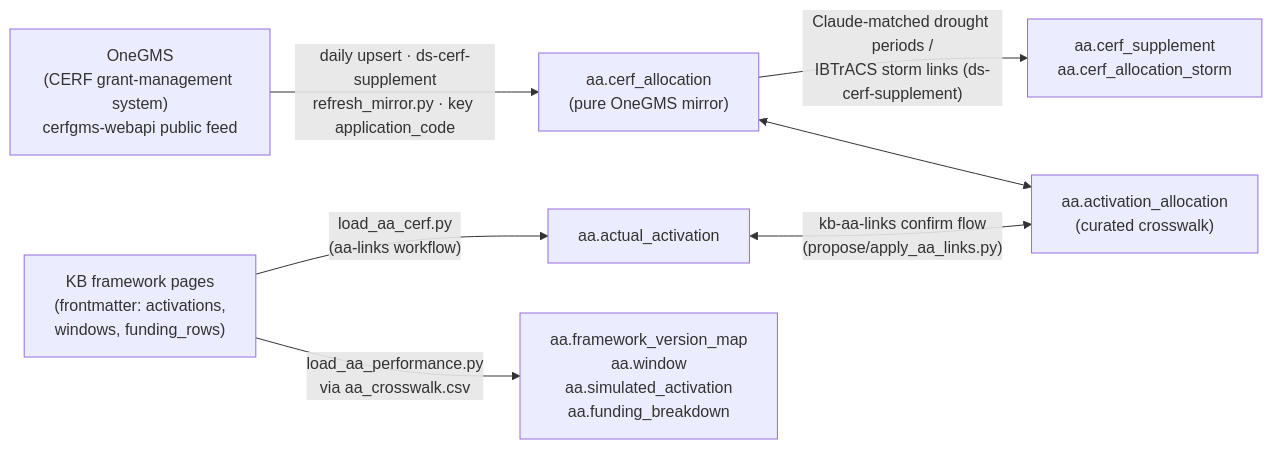
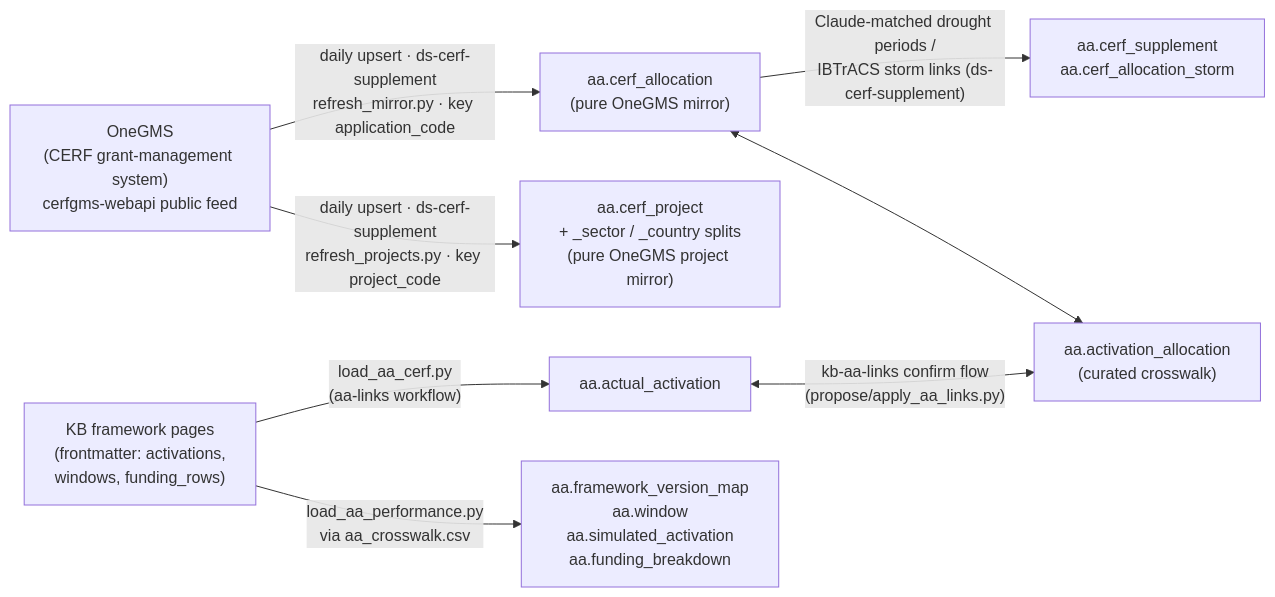
The first of 3 diagrams in infrastructure/db-erd.md (OCHA-DAP/ds-knowledge-base), drawn with Mermaid before and after one commit. The commit also changed other lines of this file and 2 other files, not shown here.

First line of the commit message:
Document the OneGMS project-level mirror (aa.cerf_project + splits)

````diff
--- a/infrastructure/db-erd.md
+++ b/infrastructure/db-erd.md
@@ -30,11 +30,12 @@
 ```mermaid
 flowchart LR
     onegms["OneGMS<br/>(CERF grant-management system)<br/>cerfgms-webapi public feed"]
     kb["KB framework pages<br/>(frontmatter: activations,<br/>windows, funding_rows)"]
     onegms -->|"daily upsert · ds-cerf-supplement<br/>refresh_mirror.py · key application_code"| mirror["aa.cerf_allocation<br/>(pure OneGMS mirror)"]
+    onegms -->|"daily upsert · ds-cerf-supplement<br/>refresh_projects.py · key project_code"| projmirror["aa.cerf_project<br/>+ _sector / _country splits<br/>(pure OneGMS project mirror)"]
     mirror -->|"Claude-matched drought periods /<br/>IBTrACS storm links (ds-cerf-supplement)"| supp["aa.cerf_supplement<br/>aa.cerf_allocation_storm"]
     kb -->|"load_aa_cerf.py<br/>(aa-links workflow)"| act["aa.actual_activation"]
     kb -->|"load_aa_performance.py<br/>via aa_crosswalk.csv"| perf["aa.framework_version_map<br/>aa.window<br/>aa.simulated_activation<br/>aa.funding_breakdown"]
     act <-->|"kb-aa-links confirm flow<br/>(propose/apply_aa_links.py)"| xwalk["aa.activation_allocation<br/>(curated crosswalk)"]
     mirror <--> xwalk
 ```
````
